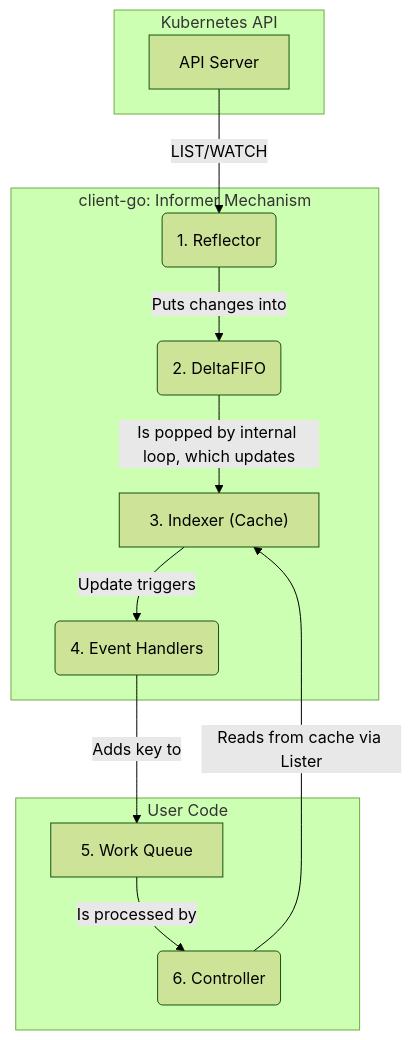
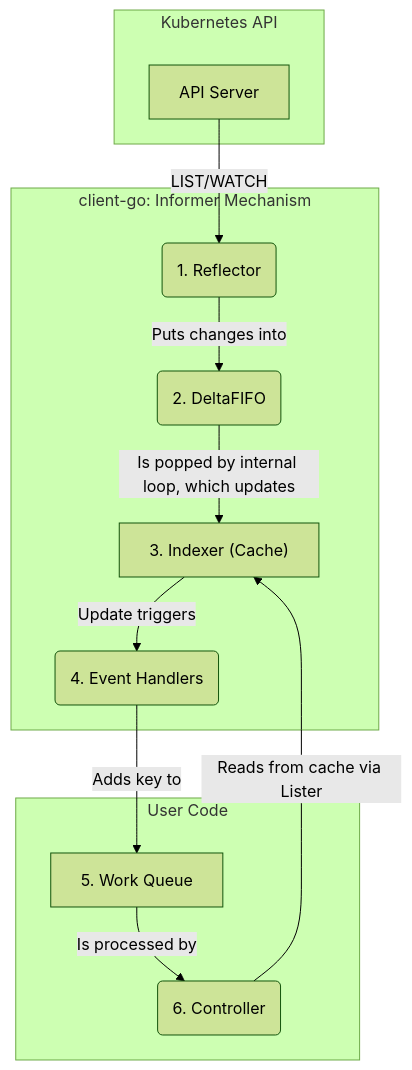
The diagram in staging/src/k8s.io/client-go/ARCHITECTURE.md (kubernetes/kubernetes), drawn with Mermaid (forest theme) before and after one commit.

Commit message:
Update Mermaid diagram
The title of the subgraph no longer overlaps with nodes.

Fixes #136011

````diff
--- a/staging/src/k8s.io/client-go/ARCHITECTURE.md
+++ b/staging/src/k8s.io/client-go/ARCHITECTURE.md
@@ -96,26 +96,32 @@
 ```mermaid
+---
+config:
+  flowchart:
+    subGraphTitleMargin:
+      bottom: 30
+---
 graph TD
     subgraph "Kubernetes API"
         API_Server[API Server]
     end
 
     subgraph "client-go: Informer Mechanism"
         Reflector("1. Reflector")
         DeltaFIFO("2. DeltaFIFO")
         Indexer["3. Indexer (Cache)"]
         EventHandlers("4. Event Handlers")
     end
 
     subgraph "User Code"
         WorkQueue["5. Work Queue"]
         Controller("6. Controller")
     end
 
     API_Server -- LIST/WATCH --> Reflector
     Reflector -- Puts changes into --> DeltaFIFO
     DeltaFIFO -- Is popped by internal loop, which updates --> Indexer
     Indexer -- Update triggers --> EventHandlers
     EventHandlers -- Adds key to --> WorkQueue
     WorkQueue -- Is processed by --> Controller
     Controller -- Reads from cache via Lister --> Indexer
 ```
````
